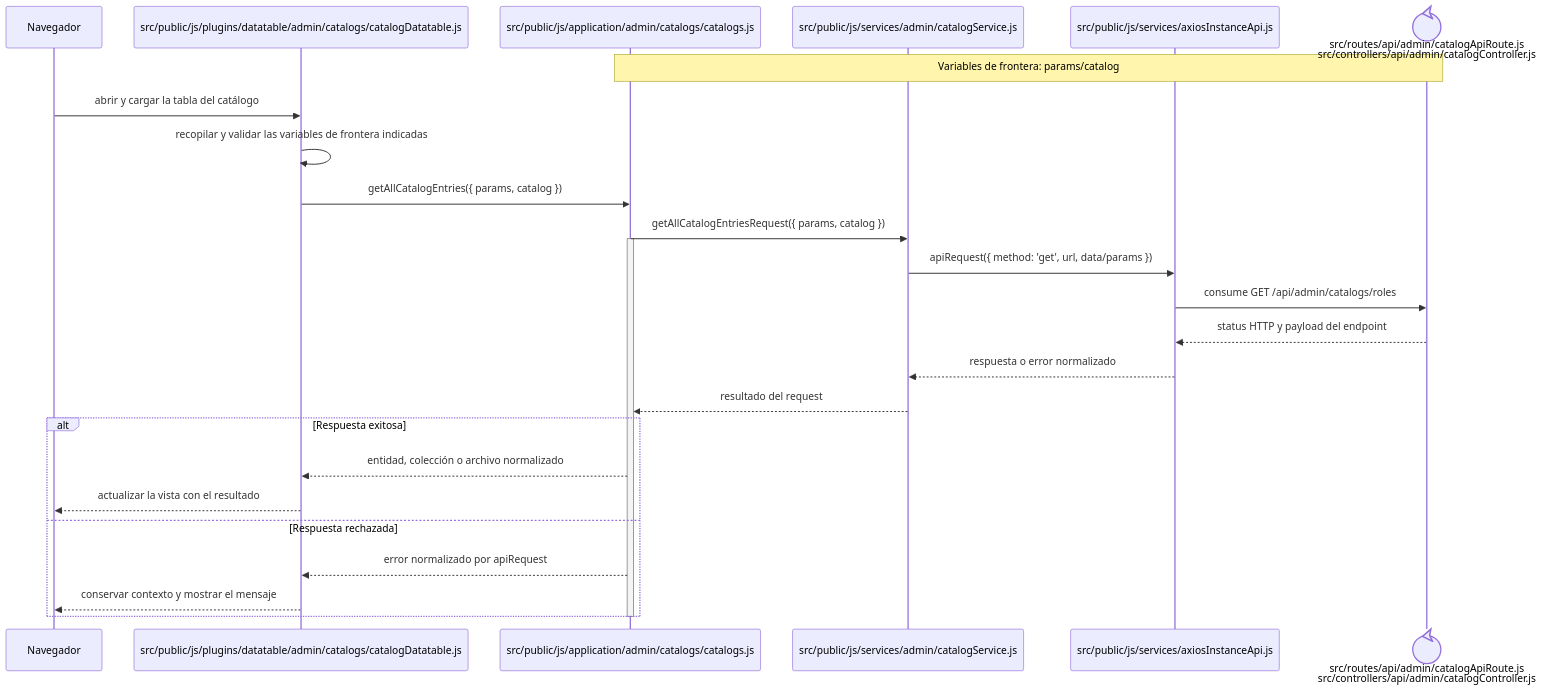
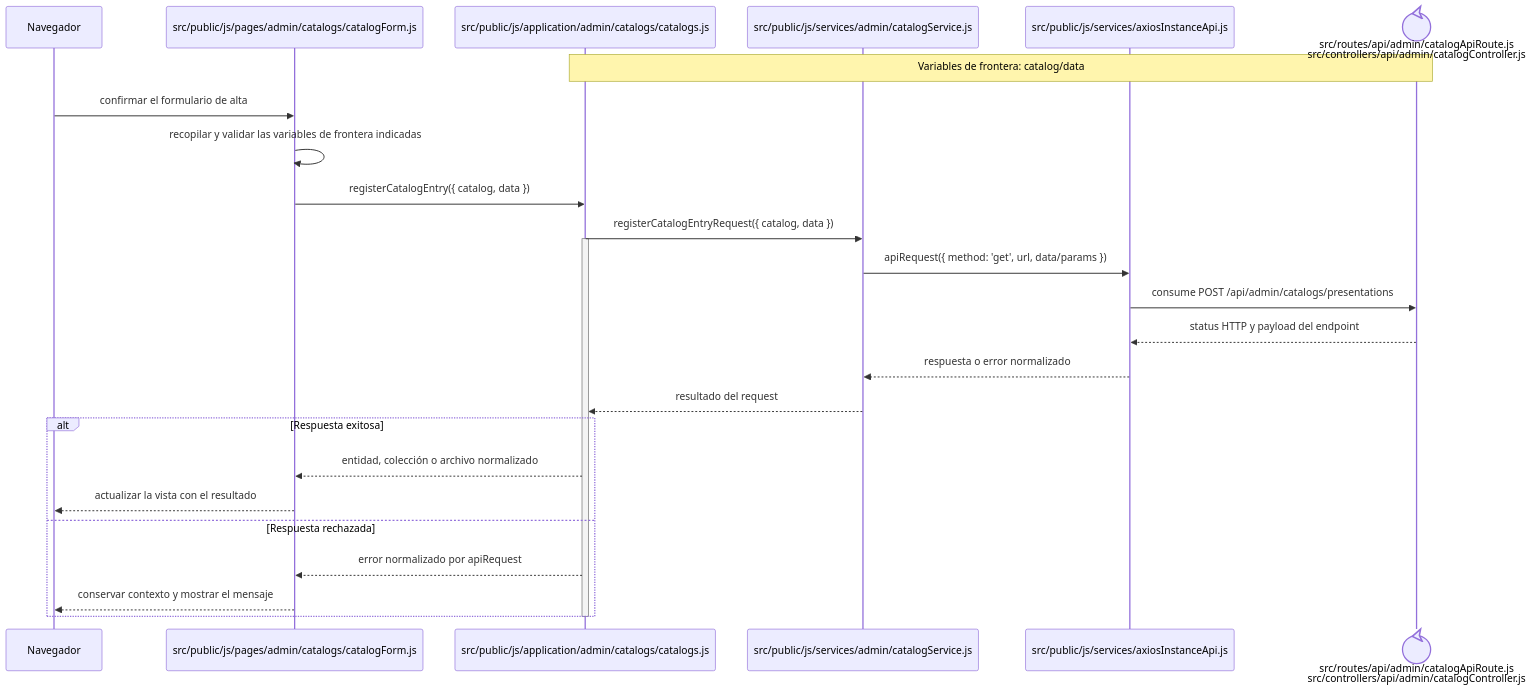
One commit to gpgsistemas01/nexus changed the diagram in docs/architecture/frontend-code-sequences/catalogs/cu-cat-34.md. Above: the diagram before and after it, drawn with Mermaid. The commit also changed other lines of this file and 126 other files, not shown here.

````diff
--- a/docs/architecture/frontend-code-sequences/catalogs/cu-cat-34.md
+++ b/docs/architecture/frontend-code-sequences/catalogs/cu-cat-34.md
@@ -6,29 +6,29 @@
 ```mermaid
 sequenceDiagram
     participant Browser as Navegador
-    participant View as src/public/js/plugins/datatable/admin/catalogs/catalogDatatable.js
+    participant View as src/public/js/pages/admin/catalogs/catalogForm.js
     participant Application as src/public/js/application/admin/catalogs/catalogs.js
     participant Request as src/public/js/services/admin/catalogService.js
     participant HTTP as src/public/js/services/axiosInstanceApi.js
     participant Transport@{ "type": "control" } as src/routes/api/admin/catalogApiRoute.js<br/>src/controllers/api/admin/catalogController.js
-    Note over Application,Transport: Variables de frontera: params/catalog
+    Note over Application,Transport: Variables de frontera: catalog/data
 
-    Browser->>View: abrir y cargar la tabla del catálogo
+    Browser->>View: confirmar el formulario de alta
     View->>View: recopilar y validar las variables de frontera indicadas
-    View->>Application: getAllCatalogEntries({ params, catalog })
-    Application->>Request: getAllCatalogEntriesRequest({ params, catalog })
+    View->>Application: registerCatalogEntry({ catalog, data })
+    Application->>Request: registerCatalogEntryRequest({ catalog, data })
     activate Application
     Request->>HTTP: apiRequest({ method: 'get', url, data/params })
-    HTTP->>Transport: consume GET /api/admin/catalogs/roles
+    HTTP->>Transport: consume POST /api/admin/catalogs/presentations
     Transport-->>HTTP: status HTTP y payload del endpoint
     HTTP-->>Request: respuesta o error normalizado
     Request-->>Application: resultado del request
     alt Respuesta exitosa
         Application-->>View: entidad, colección o archivo normalizado
         View-->>Browser: actualizar la vista con el resultado
     else Respuesta rechazada
         Application-->>View: error normalizado por apiRequest
         View-->>Browser: conservar contexto y mostrar el mensaje
     end
     deactivate Application
 ```
````
